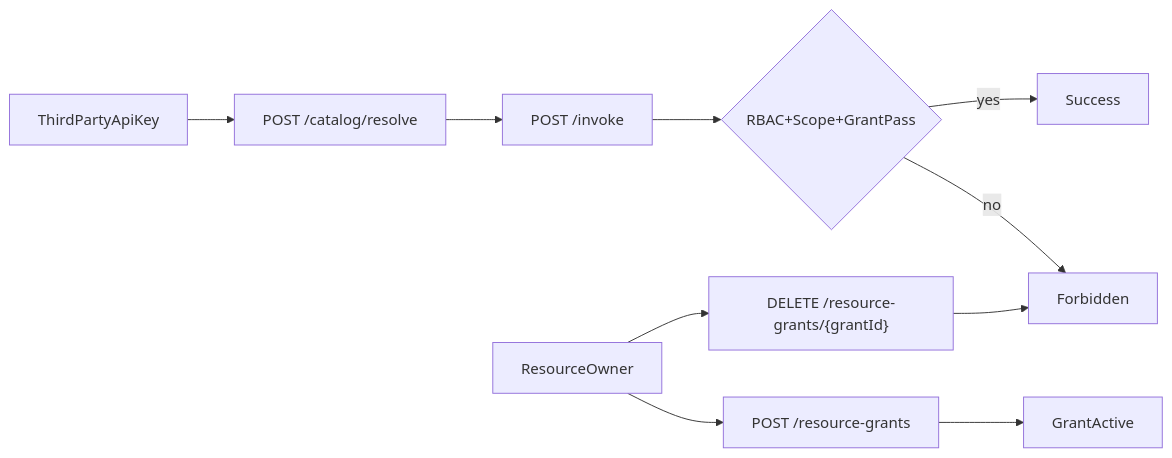
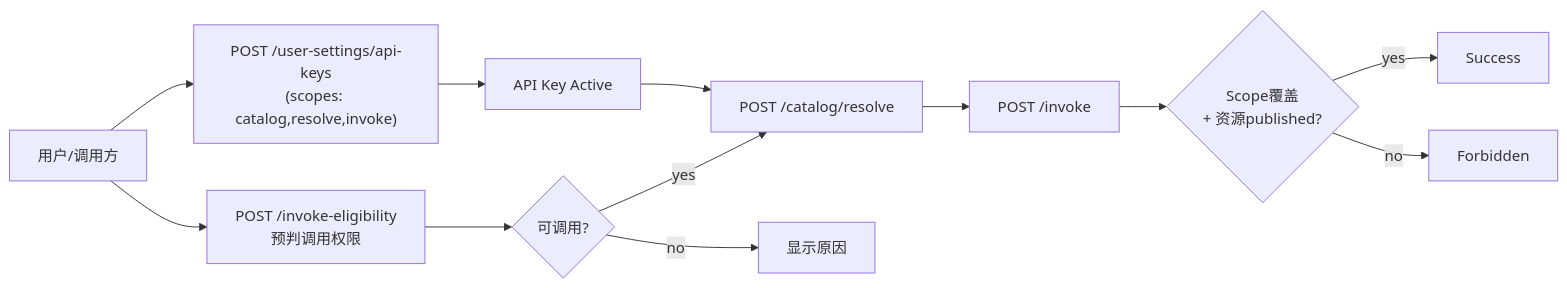
Before and after one commit to WangDiGua/LantuConnect-Frontend: the second of 3 diagrams in docs/resource-registration-authorization-invocation-guide.md, drawn with Mermaid. The commit also changed other lines of this file and 21 other files, not shown here.

````diff
--- a/docs/resource-registration-authorization-invocation-guide.md
+++ b/docs/resource-registration-authorization-invocation-guide.md
@@ -237,12 +256,14 @@
 ```mermaid
 flowchart LR
-    ownerUser[ResourceOwner] --> createGrant["POST /resource-grants"]
-    createGrant --> grantActive[GrantActive]
-    thirdCaller[ThirdPartyApiKey] --> resolveResource["POST /catalog/resolve"]
+    user[用户/调用方] --> createKey["POST /user-settings/api-keys<br/>(scopes: catalog,resolve,invoke)"]
+    createKey --> apiKeyActive[API Key Active]
+    apiKeyActive --> resolveResource["POST /catalog/resolve"]
     resolveResource --> invokeResource["POST /invoke"]
-    invokeResource --> checkLayer{"RBAC+Scope+GrantPass"}
+    invokeResource --> checkLayer{"Scope覆盖<br/>+ 资源published?"}
     checkLayer -->|yes| invokeSuccess[Success]
     checkLayer -->|no| forbidden403[Forbidden]
-    ownerUser --> revokeGrant["DELETE /resource-grants/{grantId}"]
-    revokeGrant --> forbidden403
+    user --> checkEligibility["POST /invoke-eligibility<br/>预判调用权限"]
+    checkEligibility --> eligibleResult{"可调用?"}
+    eligibleResult -->|yes| resolveResource
+    eligibleResult -->|no| showReason[显示原因]
 ```
````
